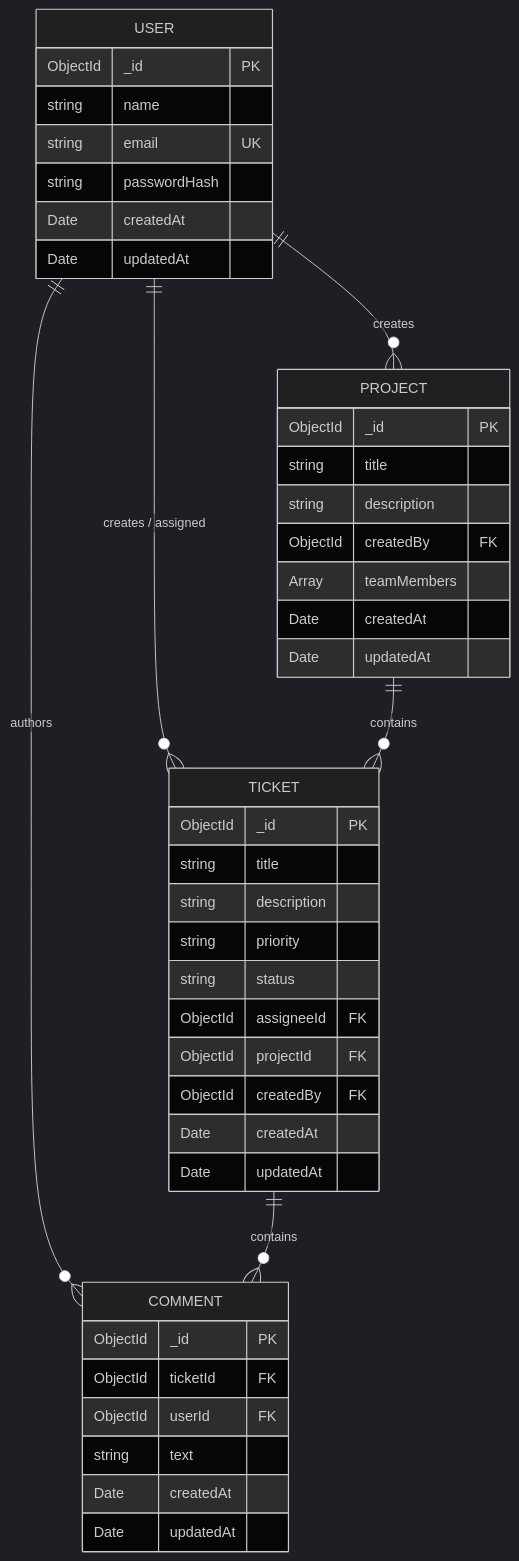
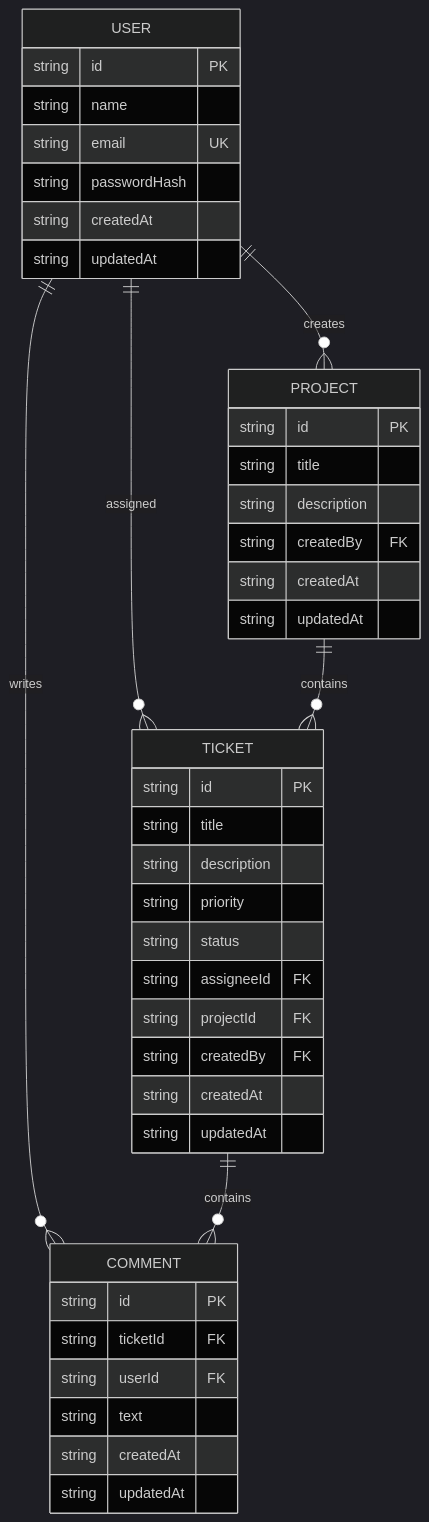
One commit to boxbiswas/project_management_backend changed the second of 2 diagrams in README.md. Above: the diagram before and after it, drawn with Mermaid (dark theme). The commit also changed other lines of this file, not shown here.

````diff
--- a/README.md
+++ b/README.md
@@ -167,49 +167,48 @@
 ```mermaid
 erDiagram
-    USER ||--o{ PROJECT : "creates"
-    USER ||--o{ TICKET : "creates / assigned"
-    USER ||--o{ COMMENT : "authors"
-    PROJECT ||--o{ TICKET : "contains"
-    TICKET ||--o{ COMMENT : "contains"
+    USER ||--o{ PROJECT : creates
+    USER ||--o{ TICKET : assigned
+    USER ||--o{ COMMENT : writes
+    PROJECT ||--o{ TICKET : contains
+    TICKET ||--o{ COMMENT : contains
 
     USER {
-        ObjectId _id PK
+        string id PK
         string name
         string email UK
         string passwordHash
-        Date createdAt
-        Date updatedAt
+        string createdAt
+        string updatedAt
     }
 
     PROJECT {
-        ObjectId _id PK
+        string id PK
         string title
         string description
-        ObjectId createdBy FK
-        Array teamMembers
-        Date createdAt
-        Date updatedAt
+        string createdBy FK
+        string createdAt
+        string updatedAt
     }
 
     TICKET {
-        ObjectId _id PK
+        string id PK
         string title
         string description
         string priority
         string status
-        ObjectId assigneeId FK
-        ObjectId projectId FK
-        ObjectId createdBy FK
-        Date createdAt
-        Date updatedAt
+        string assigneeId FK
+        string projectId FK
+        string createdBy FK
+        string createdAt
+        string updatedAt
     }
 
     COMMENT {
-        ObjectId _id PK
-        ObjectId ticketId FK
-        ObjectId userId FK
+        string id PK
+        string ticketId FK
+        string userId FK
         string text
-        Date createdAt
-        Date updatedAt
+        string createdAt
+        string updatedAt
     }
 ```
````
